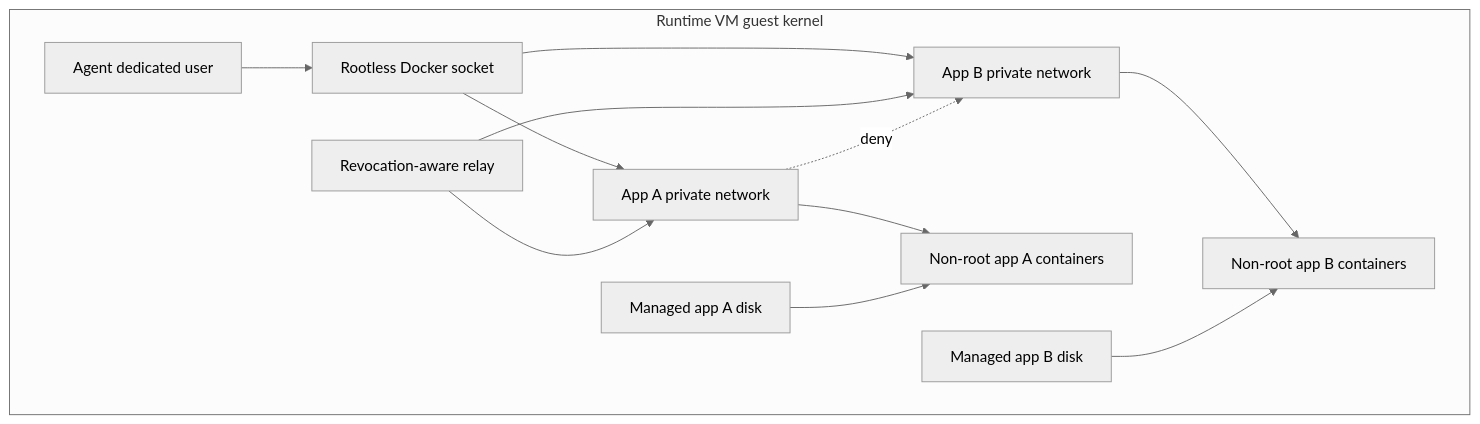
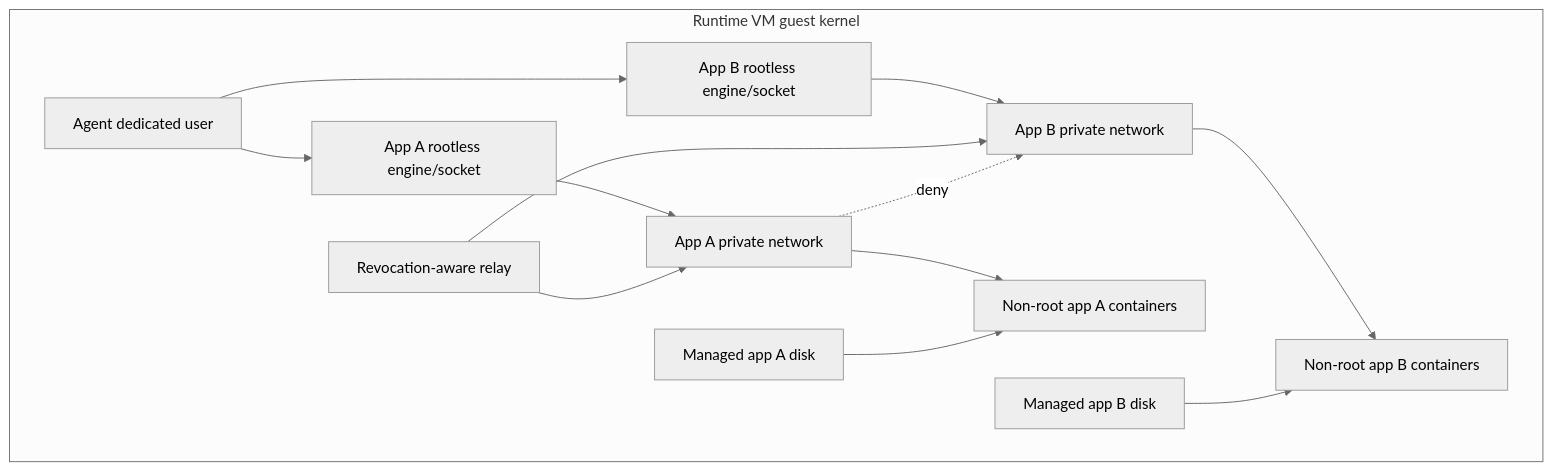
One commit to OctaVive/dev-orchestrator changed the diagram in docs/project/specifications/deployment-agent.md. Above: the diagram before and after it, drawn with Mermaid (neutral theme). The commit also changed other lines of this file and 118 other files, not shown here.

````diff
--- a/docs/project/specifications/deployment-agent.md
+++ b/docs/project/specifications/deployment-agent.md
@@ -7,15 +7,16 @@
 ```mermaid
 flowchart TB
   subgraph RV[Runtime VM guest kernel]
-    A[Agent dedicated user] --> D[Rootless Docker socket]
-    D --> N1[App A private network]
-    D --> N2[App B private network]
+    A[Agent dedicated user] --> D1[App A rootless engine/socket]
+    A --> D2[App B rootless engine/socket]
+    D1 --> N1[App A private network]
+    D2 --> N2[App B private network]
     N1 --> C1[Non-root app A containers]
     N2 --> C2[Non-root app B containers]
     V1[Managed app A disk] --> C1
     V2[Managed app B disk] --> C2
     I[Revocation-aware relay] --> N1
     I --> N2
   end
   N1 -. deny .-> N2
 ```
````
